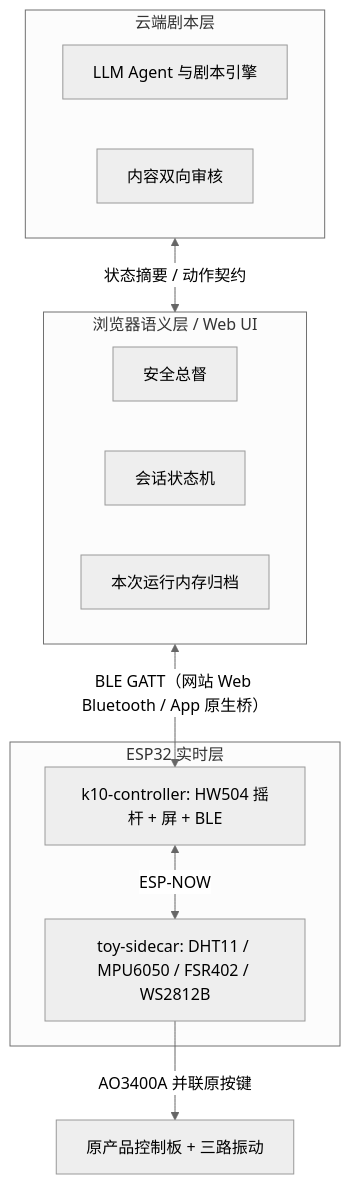
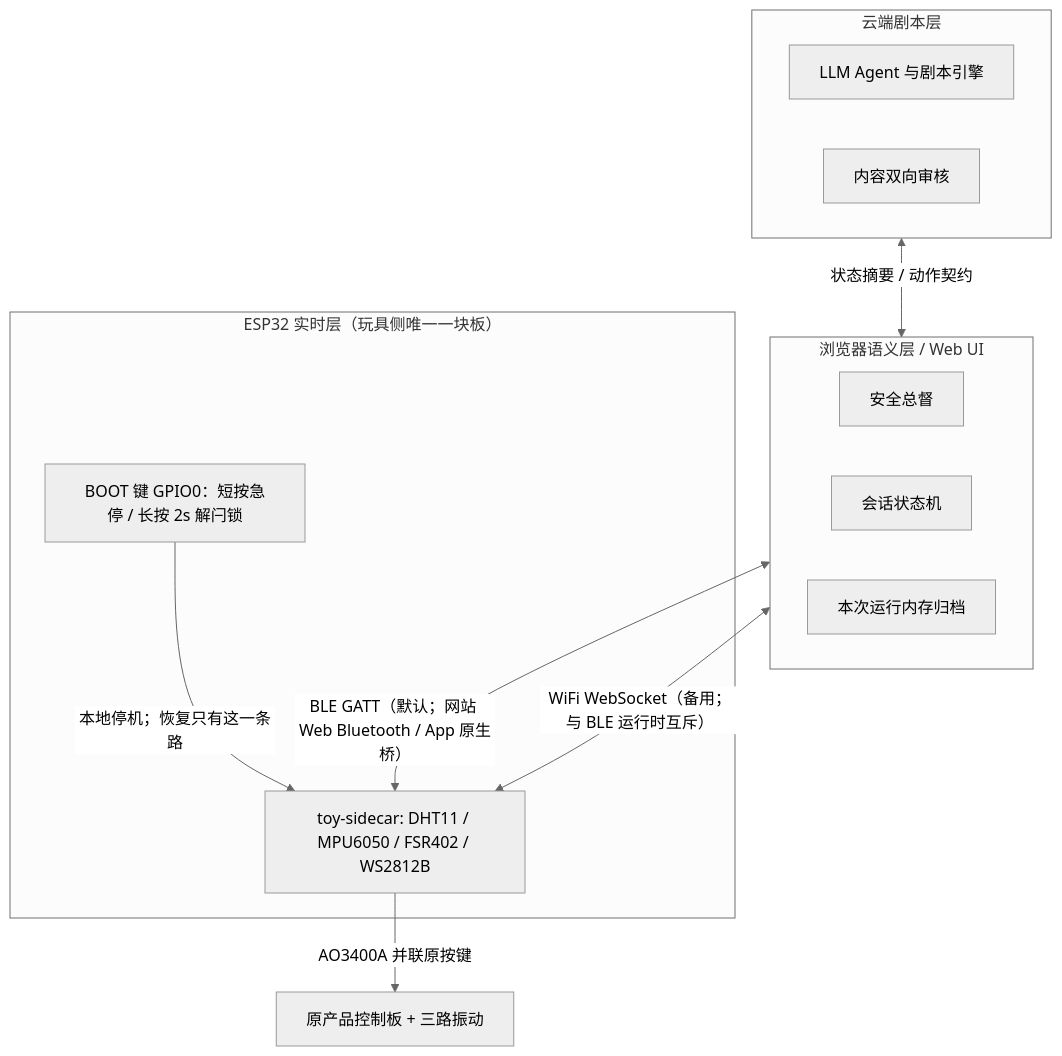
One commit to Binomial-distribution/nascent changed the diagram in README.md. Above: the diagram before and after it, drawn with Mermaid (neutral theme). The commit also changed other lines of this file and 9 other files, not shown here.

````diff
--- a/README.md
+++ b/README.md
@@ -9,22 +11,23 @@
 ```mermaid
 flowchart TB
   subgraph cloud [云端剧本层]
     LLM["LLM Agent 与剧本引擎"]
     AUD["内容双向审核"]
   end
   subgraph app [浏览器语义层 / Web UI]
     GOV["安全总督"]
     FSM["会话状态机"]
     DB["本次运行内存归档"]
   end
-  subgraph fw [ESP32 实时层]
-    K10["k10-controller: HW504 摇杆 + 屏 + BLE"]
+  subgraph fw ["ESP32 实时层（玩具侧唯一一块板）"]
     Toy["toy-sidecar: DHT11 / MPU6050 / FSR402 / WS2812B"]
+    Boot["BOOT 键 GPIO0：短按急停 / 长按 2s 解闩锁"]
   end
   Board["原产品控制板 + 三路振动"]
 
   cloud <-->|"状态摘要 / 动作契约"| app
-  app <-->|"BLE GATT（网站 Web Bluetooth / App 原生桥）"| K10
-  K10 <-->|"ESP-NOW"| Toy
+  app <-->|"BLE GATT（默认；网站 Web Bluetooth / App 原生桥）"| Toy
+  app <-->|"WiFi WebSocket（备用；与 BLE 运行时互斥）"| Toy
+  Boot -->|"本地停机；恢复只有这一条路"| Toy
   Toy -->|"AO3400A 并联原按键"| Board
 ```
````
